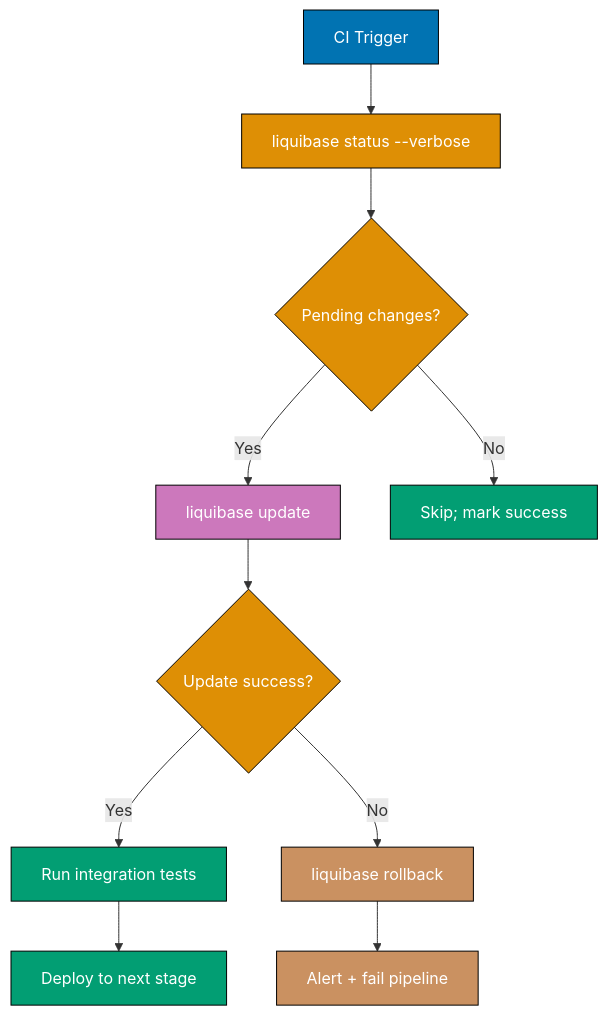
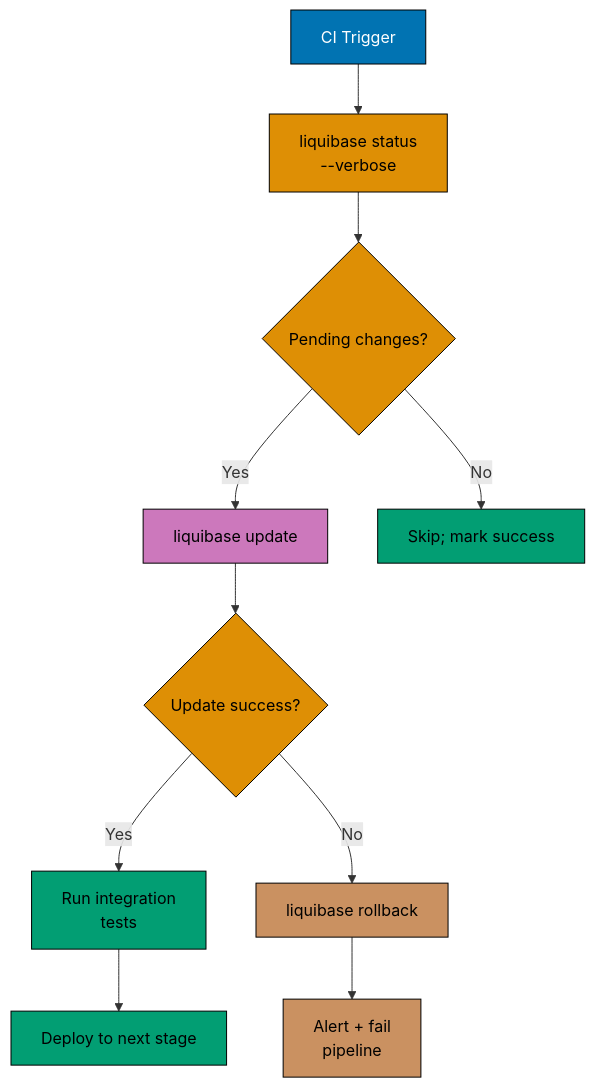
One commit to wahidyankf/ose-public changed the fifth of 8 diagrams in apps/ayokoding-www/content/en/learn/legacy/software-engineering/data/tools/java-liquibase/by-example/advanced.md. Above: the diagram before and after it, drawn with Mermaid. The commit also changed other lines of this file and 131 other files, not shown here.

First line of the commit message:
fix(mermaid): bring the legacy data, infrastructure, and testing diagrams onto the accessible palette

````diff
--- a/apps/ayokoding-www/content/en/learn/legacy/software-engineering/data/tools/java-liquibase/by-example/advanced.md
+++ b/apps/ayokoding-www/content/en/learn/legacy/software-engineering/data/tools/java-liquibase/by-example/advanced.md
@@ -559,24 +588,32 @@
 ```mermaid
 %% Color Palette: Blue #0173B2, Orange #DE8F05, Teal #029E73, Purple #CC78BC, Brown #CA9161
 graph TD
-    A[CI Trigger] --> B[liquibase status --verbose]
+    accTitle: Example 69: Liquibase in CI/CD Pipeline
+    accDescr: Graph with 11 nodes and 10 connections. Nodes: CI Trigger, B, verbose, Pending changes?, liquibase update, Skip mark success, Update success?, Run integration tests, liquibase rollback, Alert + fail pipeline, Deploy to next stage. Connections: CI Trigger to B, B to verbose, B to Pending changes?, Pending changes? to liquibase update (Yes), Pending changes? to Skip mark success (No), liquibase update to Update success?, Update success? to Run integration tests (Yes), Update success? to liquibase rollback (No), liquibase rollback to Alert + fail pipeline, Run integration tests to Deploy to next stage.
+    A[CI Trigger] --> B[liquibase status<br/>--verbose]
     B --> C{Pending changes?}
     C -->|Yes| D[liquibase update]
     C -->|No| E[Skip; mark success]
     D --> F{Update success?}
-    F -->|Yes| G[Run integration tests]
+    F -->|Yes| G[Run integration<br/>tests]
     F -->|No| H[liquibase rollback]
-    H --> I[Alert + fail pipeline]
+    H --> I[Alert + fail<br/>pipeline]
     G --> J[Deploy to next stage]
 
-    style A fill:#0173B2,stroke:#000,color:#fff
-    style B fill:#DE8F05,stroke:#000,color:#fff
-    style C fill:#DE8F05,stroke:#000,color:#fff
-    style D fill:#CC78BC,stroke:#000,color:#fff
-    style E fill:#029E73,stroke:#000,color:#fff
-    style F fill:#DE8F05,stroke:#000,color:#fff
-    style G fill:#029E73,stroke:#000,color:#fff
-    style H fill:#CA9161,stroke:#000,color:#fff
-    style I fill:#CA9161,stroke:#000,color:#fff
-    style J fill:#029E73,stroke:#000,color:#fff
+    classDef pal-0173B2 fill:#0173B2,stroke:#000000,color:#FFFFFF
+    class A pal-0173B2
+    classDef pal-DE8F05 fill:#DE8F05,stroke:#000000,color:#000000
+    class B pal-DE8F05
+    class C pal-DE8F05
+    classDef pal-CC78BC fill:#CC78BC,stroke:#000000,color:#000000
+    class D pal-CC78BC
+    classDef pal-029E73 fill:#029E73,stroke:#000000,color:#000000
+    class E pal-029E73
+    class F pal-DE8F05
+    class G pal-029E73
+    classDef pal-CA9161 fill:#CA9161,stroke:#000000,color:#000000
+    class H pal-CA9161
+    class I pal-CA9161
+    class J pal-029E73
+    classDef default fill:#FFFFFF,stroke:#000000,color:#000000
 ```
````
